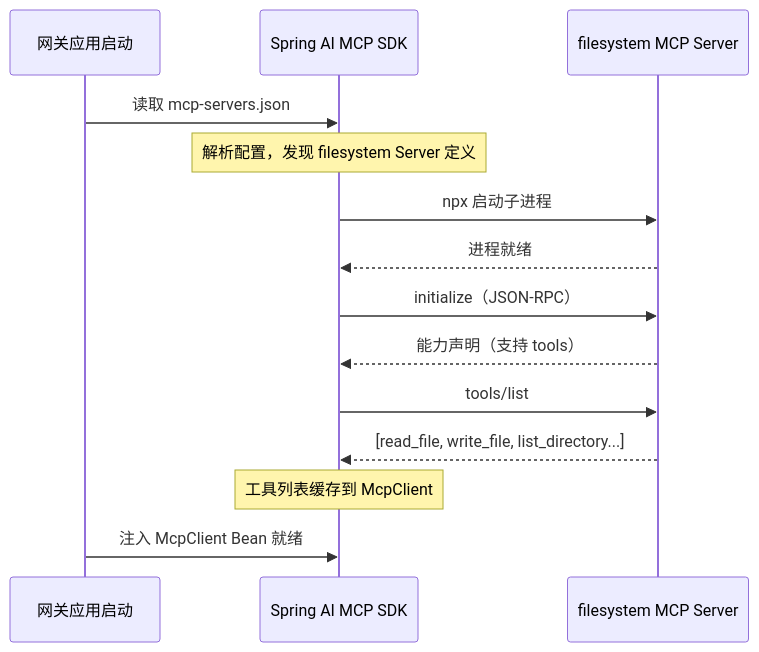
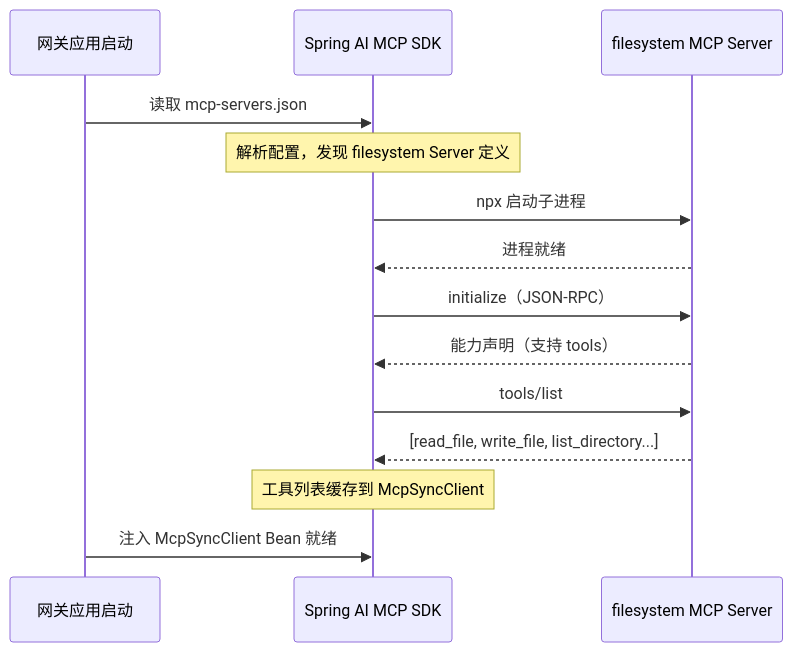
Before and after one commit to UranusGit/java-agent-learn: the first of 2 diagrams in docs/项目/03-MCP工具网关/01-最小Demo搭建.md, drawn with Mermaid. The commit also changed other lines of this file and 206 other files, not shown here.

````diff
--- a/docs/项目/03-MCP工具网关/01-最小Demo搭建.md
+++ b/docs/项目/03-MCP工具网关/01-最小Demo搭建.md
@@ -198,17 +183,17 @@
 ```mermaid
 sequenceDiagram
     participant App as 网关应用启动
     participant SDK as Spring AI MCP SDK
     participant Server as filesystem MCP Server
 
     App->>SDK: 读取 mcp-servers.json
     Note over SDK: 解析配置，发现 filesystem Server 定义
     SDK->>Server: npx 启动子进程
     Server-->>SDK: 进程就绪
     SDK->>Server: initialize（JSON-RPC）
     Server-->>SDK: 能力声明（支持 tools）
     SDK->>Server: tools/list
     Server-->>SDK: [read_file, write_file, list_directory...]
-    Note over SDK: 工具列表缓存到 McpClient
-    App->>SDK: 注入 McpClient Bean 就绪
+    Note over SDK: 工具列表缓存到 McpSyncClient
+    App->>SDK: 注入 McpSyncClient Bean 就绪
 ```
````
